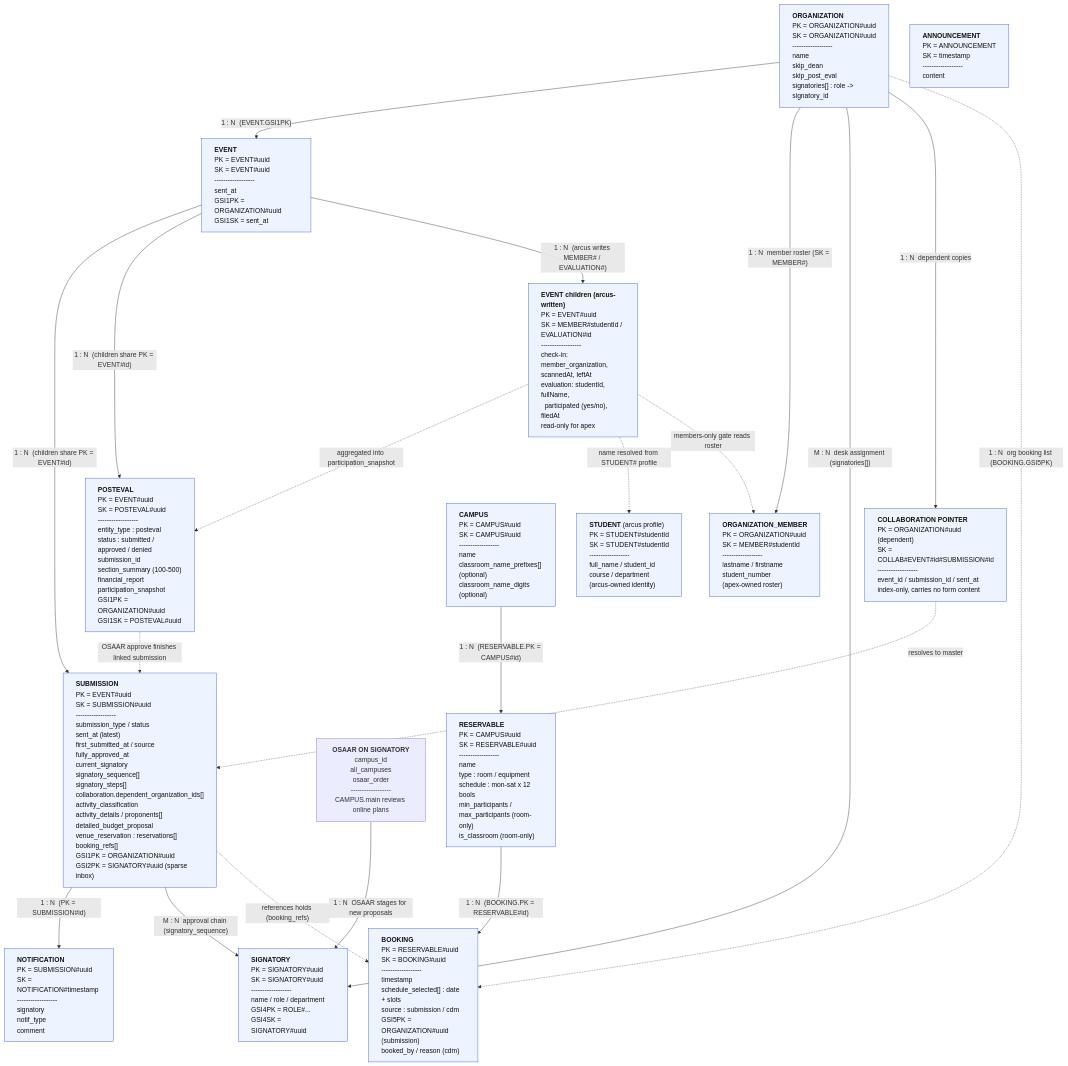
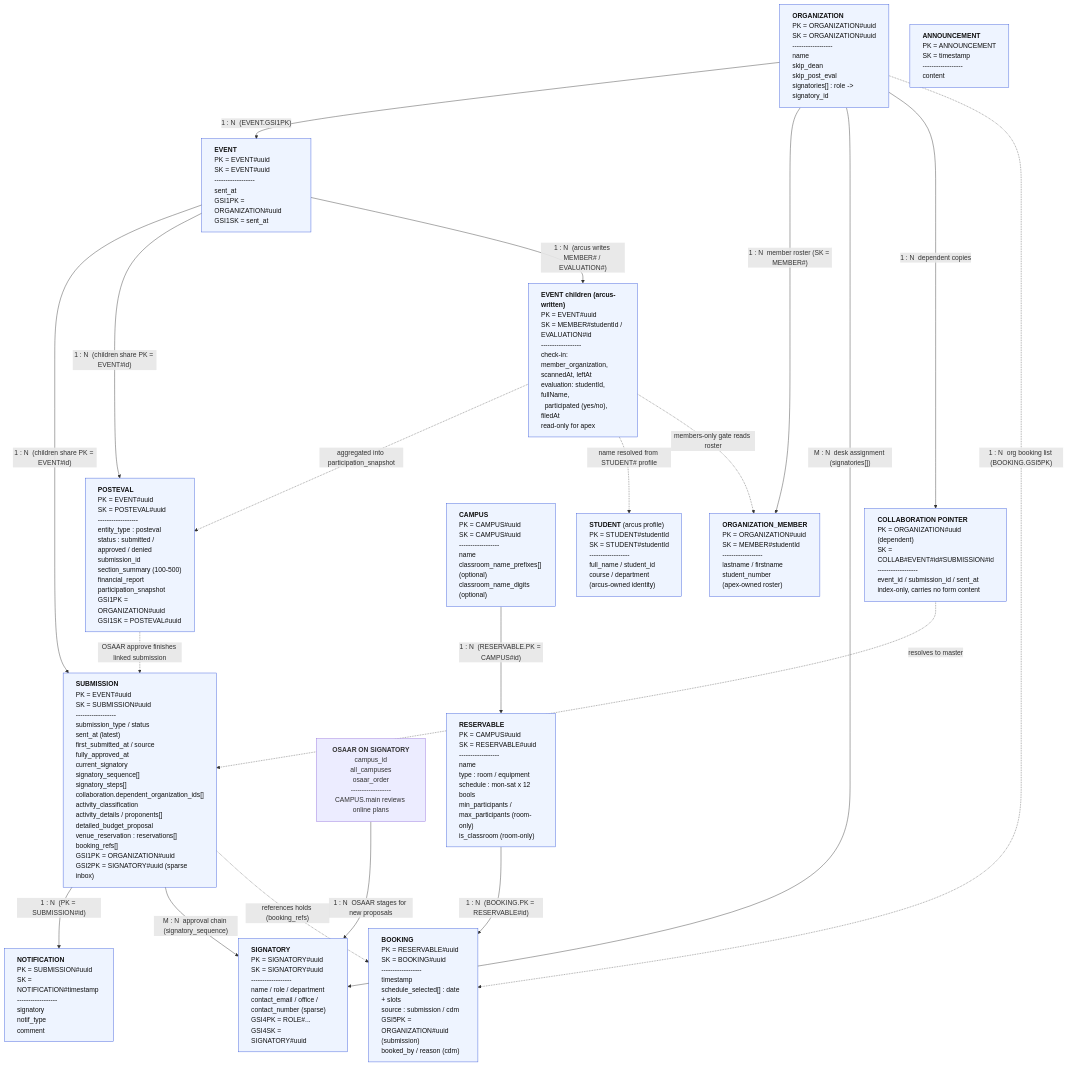
The diagram in docs/erd/erd.mmd (nomorepinto/mapua-apex), drawn with Mermaid before and after one commit. The commit also changed 33 other files, not shown here.

```diff
--- a/docs/erd/erd.mmd
+++ b/docs/erd/erd.mmd
@@ -1,59 +1,59 @@
 %% mapua-apex - Conceptual ERD (DynamoDB single-table design)
 %% Laid out top-down (graph TD) so the diagram renders vertically and fits
 %% an 8.5x11 portrait page without horizontal cut-off.
 %% Relationships are LOGICAL only: DynamoDB stores no foreign keys, IDs are
 %% copied onto items and resolved at write time.
 %% DEADLINE REMINDER is intentionally omitted (deprecated: orphaned read path,
 %% no producer). See "DynamoDB Schema.txt" -> Deprecated / removed objects.
 graph TD
     ORGANIZATION["<b>ORGANIZATION</b><br/>PK = ORGANIZATION#uuid<br/>SK = ORGANIZATION#uuid<br/>------------------<br/>name<br/>skip_dean<br/>skip_post_eval<br/>signatories[] : role -&gt; signatory_id"]
 
     ORG_MEMBER["<b>ORGANIZATION_MEMBER</b><br/>PK = ORGANIZATION#uuid<br/>SK = MEMBER#studentId<br/>------------------<br/>lastname / firstname<br/>student_number<br/>(apex-owned roster)"]
 
     EVENT["<b>EVENT</b><br/>PK = EVENT#uuid<br/>SK = EVENT#uuid<br/>------------------<br/>sent_at<br/>GSI1PK = ORGANIZATION#uuid<br/>GSI1SK = sent_at"]
 
     SUBMISSION["<b>SUBMISSION</b><br/>PK = EVENT#uuid<br/>SK = SUBMISSION#uuid<br/>------------------<br/>submission_type / status<br/>sent_at (latest)<br/>first_submitted_at / source<br/>fully_approved_at<br/>current_signatory<br/>signatory_sequence[]<br/>signatory_steps[]<br/>collaboration.dependent_organization_ids[]<br/>activity_classification<br/>activity_details / proponents[]<br/>detailed_budget_proposal<br/>venue_reservation : reservations[]<br/>booking_refs[]<br/>GSI1PK = ORGANIZATION#uuid<br/>GSI2PK = SIGNATORY#uuid (sparse inbox)"]
     SETTINGS["<b>OSAAR ON SIGNATORY</b><br/>campus_id<br/>all_campuses<br/>osaar_order<br/>------------------<br/>CAMPUS.main reviews online plans"]
 
     NOTIFICATION["<b>NOTIFICATION</b><br/>PK = SUBMISSION#uuid<br/>SK = NOTIFICATION#timestamp<br/>------------------<br/>signatory<br/>notif_type<br/>comment"]
 
-    SIGNATORY["<b>SIGNATORY</b><br/>PK = SIGNATORY#uuid<br/>SK = SIGNATORY#uuid<br/>------------------<br/>name / role / department<br/>GSI4PK = ROLE#...<br/>GSI4SK = SIGNATORY#uuid"]
+    SIGNATORY["<b>SIGNATORY</b><br/>PK = SIGNATORY#uuid<br/>SK = SIGNATORY#uuid<br/>------------------<br/>name / role / department<br/>contact_email / office / contact_number (sparse)<br/>GSI4PK = ROLE#...<br/>GSI4SK = SIGNATORY#uuid"]
 
     COLLAB["<b>COLLABORATION POINTER</b><br/>PK = ORGANIZATION#uuid (dependent)<br/>SK = COLLAB#EVENT#id#SUBMISSION#id<br/>------------------<br/>event_id / submission_id / sent_at<br/>index-only, carries no form content"]
 
     ANNOUNCEMENT["<b>ANNOUNCEMENT</b><br/>PK = ANNOUNCEMENT<br/>SK = timestamp<br/>------------------<br/>content"]
 
     CAMPUS["<b>CAMPUS</b><br/>PK = CAMPUS#uuid<br/>SK = CAMPUS#uuid<br/>------------------<br/>name<br/>classroom_name_prefixes[] (optional)<br/>classroom_name_digits (optional)"]
 
     RESERVABLE["<b>RESERVABLE</b><br/>PK = CAMPUS#uuid<br/>SK = RESERVABLE#uuid<br/>------------------<br/>name<br/>type : room / equipment<br/>schedule : mon-sat x 12 bools<br/>min_participants / max_participants (room-only)<br/>is_classroom (room-only)"]
 
     BOOKING["<b>BOOKING</b><br/>PK = RESERVABLE#uuid<br/>SK = BOOKING#uuid<br/>------------------<br/>timestamp<br/>schedule_selected[] : date + slots<br/>source : submission / cdm<br/>GSI5PK = ORGANIZATION#uuid (submission)<br/>booked_by / reason (cdm)"]
 
     POSTEVAL["<b>POSTEVAL</b><br/>PK = EVENT#uuid<br/>SK = POSTEVAL#uuid<br/>------------------<br/>entity_type : posteval<br/>status : submitted / approved / denied<br/>submission_id<br/>section_summary (100-500)<br/>financial_report<br/>participation_snapshot<br/>GSI1PK = ORGANIZATION#uuid<br/>GSI1SK = POSTEVAL#uuid"]
 
     ARCUS_CHILD["<b>EVENT children (arcus-written)</b><br/>PK = EVENT#uuid<br/>SK = MEMBER#studentId / EVALUATION#id<br/>------------------<br/>check-in: member_organization, scannedAt, leftAt<br/>evaluation: studentId, fullName,<br/>&nbsp;&nbsp;participated (yes/no), filedAt<br/>read-only for apex"]
 
     STUDENT["<b>STUDENT</b> (arcus profile)<br/>PK = STUDENT#studentId<br/>SK = STUDENT#studentId<br/>------------------<br/>full_name / student_id<br/>course / department<br/>(arcus-owned identity)"]
 
     ORGANIZATION -->|"1 : N &nbsp;(EVENT.GSI1PK)"| EVENT
     ORGANIZATION -->|"1 : N &nbsp;member roster (SK = MEMBER#)"| ORG_MEMBER
     EVENT -->|"1 : N &nbsp;(children share PK = EVENT#id)"| SUBMISSION
     SUBMISSION -->|"1 : N &nbsp;(PK = SUBMISSION#id)"| NOTIFICATION
     ORGANIZATION -->|"M : N &nbsp;desk assignment (signatories[])"| SIGNATORY
     SUBMISSION -->|"M : N &nbsp;approval chain (signatory_sequence)"| SIGNATORY
     SETTINGS -->|"1 : N &nbsp;OSAAR stages for new proposals"| SIGNATORY
     ORGANIZATION -->|"1 : N &nbsp;dependent copies"| COLLAB
     COLLAB -.->|"resolves to master"| SUBMISSION
     CAMPUS -->|"1 : N &nbsp;(RESERVABLE.PK = CAMPUS#id)"| RESERVABLE
     RESERVABLE -->|"1 : N &nbsp;(BOOKING.PK = RESERVABLE#id)"| BOOKING
     SUBMISSION -.->|"references holds (booking_refs)"| BOOKING
     ORGANIZATION -.->|"1 : N &nbsp;org booking list (BOOKING.GSI5PK)"| BOOKING
     EVENT -->|"1 : N &nbsp;(children share PK = EVENT#id)"| POSTEVAL
     EVENT -->|"1 : N &nbsp;(arcus writes MEMBER# / EVALUATION#)"| ARCUS_CHILD
     POSTEVAL -.->|"OSAAR approve finishes linked submission"| SUBMISSION
     ARCUS_CHILD -.->|"aggregated into participation_snapshot"| POSTEVAL
     ARCUS_CHILD -.->|"name resolved from STUDENT# profile"| STUDENT
     ARCUS_CHILD -.->|"members-only gate reads roster"| ORG_MEMBER
 
     classDef entity fill:#eef4ff,stroke:#3b5bdb,stroke-width:1px,color:#111111,text-align:left;
     class ORGANIZATION,ORG_MEMBER,EVENT,SUBMISSION,NOTIFICATION,SIGNATORY,COLLAB,ANNOUNCEMENT,CAMPUS,RESERVABLE,BOOKING,POSTEVAL,ARCUS_CHILD,STUDENT entity;
```
